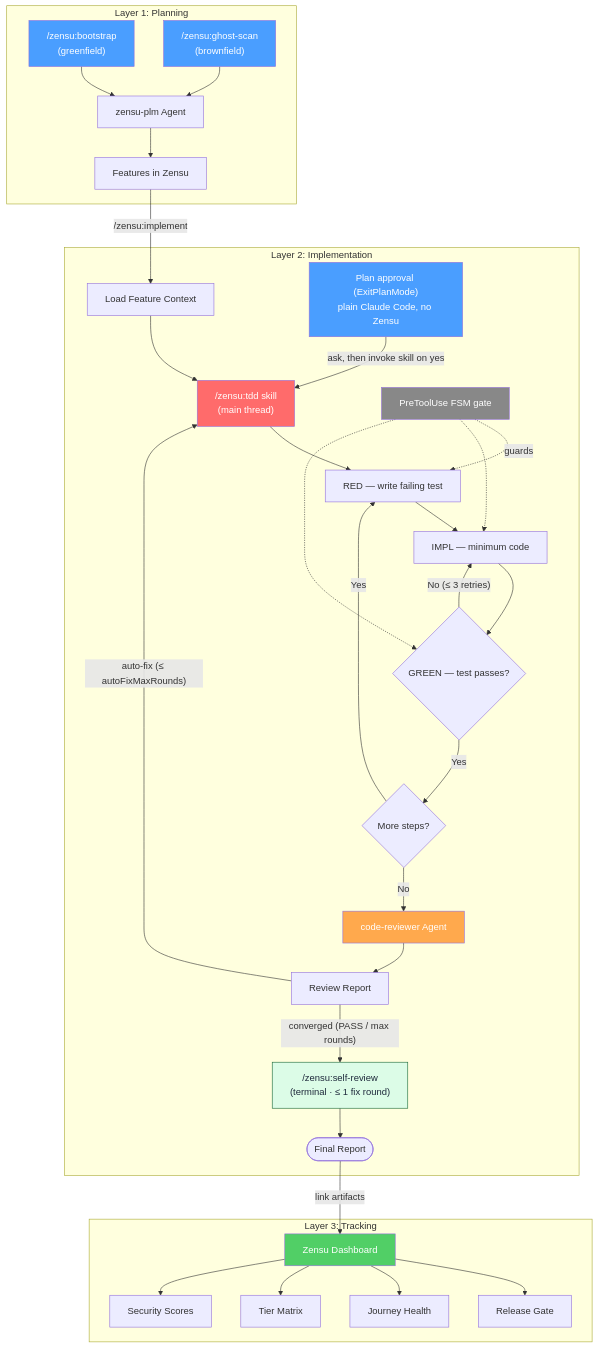
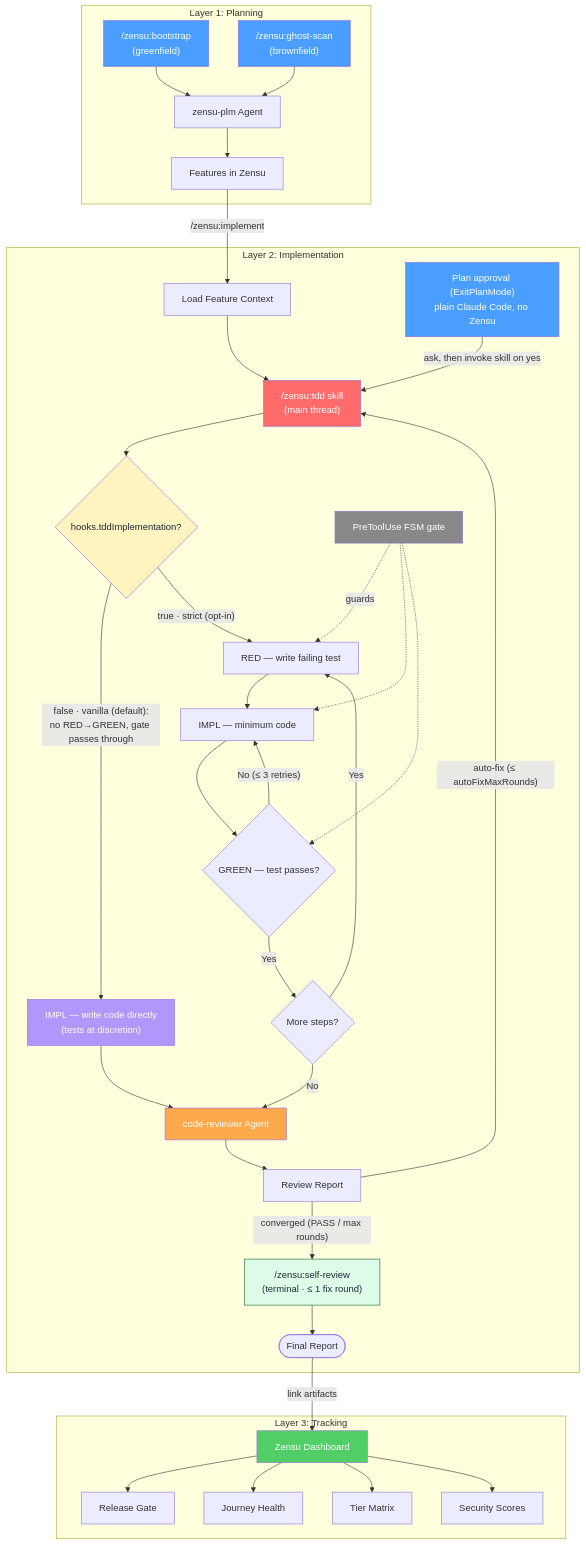
Before and after one commit to MKITConsulting/zensu-claude-code: the first of 2 diagrams in README.md, drawn with Mermaid. The commit also changed other lines of this file, not shown here.

Commit message:
docs: show vanilla mode in the workflow diagram
Add a hooks.tddImplementation decision to the Implementation layer. Vanilla
(the default — tddImplementation=false) goes straight to direct implementation
with the edit gate passing through; strict RED→IMPL→GREEN (opt-in) keeps the
FSM gate. Both paths converge on the same code-reviewer → self-review chain.

````diff
--- a/README.md
+++ b/README.md
@@ -30,45 +35,50 @@
 ```mermaid
 flowchart TD
     subgraph Planning["Layer 1: Planning"]
         A1["/zensu:bootstrap<br/>(greenfield)"] --> B["zensu-plm Agent"]
         A2["/zensu:ghost-scan<br/>(brownfield)"] --> B
         B --> C["Features in Zensu"]
     end
 
     subgraph Implementation["Layer 2: Implementation"]
         C -->|"/zensu:implement"| D["Load Feature Context"]
         PLAIN["Plan approval (ExitPlanMode)<br/>plain Claude Code, no Zensu"] -->|"ask, then invoke skill on yes"| E
         D --> E["/zensu:tdd skill<br/>(main thread)"]
-        E --> RED["RED — write failing test"]
+        E --> MODE{"hooks.tddImplementation?"}
+        MODE -->|"false · vanilla (default):<br/>no RED→GREEN, gate passes through"| VAN["IMPL — write code directly<br/>(tests at discretion)"]
+        MODE -->|"true · strict (opt-in)"| RED["RED — write failing test"]
+        VAN --> K
         RED --> IMPL["IMPL — minimum code"]
         IMPL --> GREEN{"GREEN — test passes?"}
         GREEN -->|"No (≤ 3 retries)"| IMPL
         GREEN -->|"Yes"| NEXT{"More steps?"}
         NEXT -->|"Yes"| RED
         NEXT -->|"No"| K["code-reviewer Agent"]
         K --> L["Review Report"]
         L -->|"auto-fix (≤ autoFixMaxRounds)"| E
         L -->|"converged (PASS / max rounds)"| SR["/zensu:self-review<br/>(terminal · ≤ 1 fix round)"]
         SR --> FR(["Final Report"])
         GATE["PreToolUse FSM gate"] -.guards.-> RED
         GATE -.-> IMPL
         GATE -.-> GREEN
     end
 
     subgraph Tracking["Layer 3: Tracking"]
         FR -->|"link artifacts"| M["Zensu Dashboard"]
         M --> Q["Release Gate"]
         M --> P["Journey Health"]
         M --> O["Tier Matrix"]
         M --> N["Security Scores"]
     end
 
     style A1 fill:#4a9eff,color:#fff
     style A2 fill:#4a9eff,color:#fff
     style PLAIN fill:#4a9eff,color:#fff
     style E fill:#ff6b6b,color:#fff
+    style MODE fill:#fff3bf,color:#1e293b
+    style VAN fill:#b197fc,color:#fff
     style GATE fill:#888,color:#fff
     style K fill:#ffa94d,color:#fff
     style SR fill:#dcfce7,stroke:#166534,color:#1e293b
     style M fill:#51cf66,color:#fff
 ```
````
